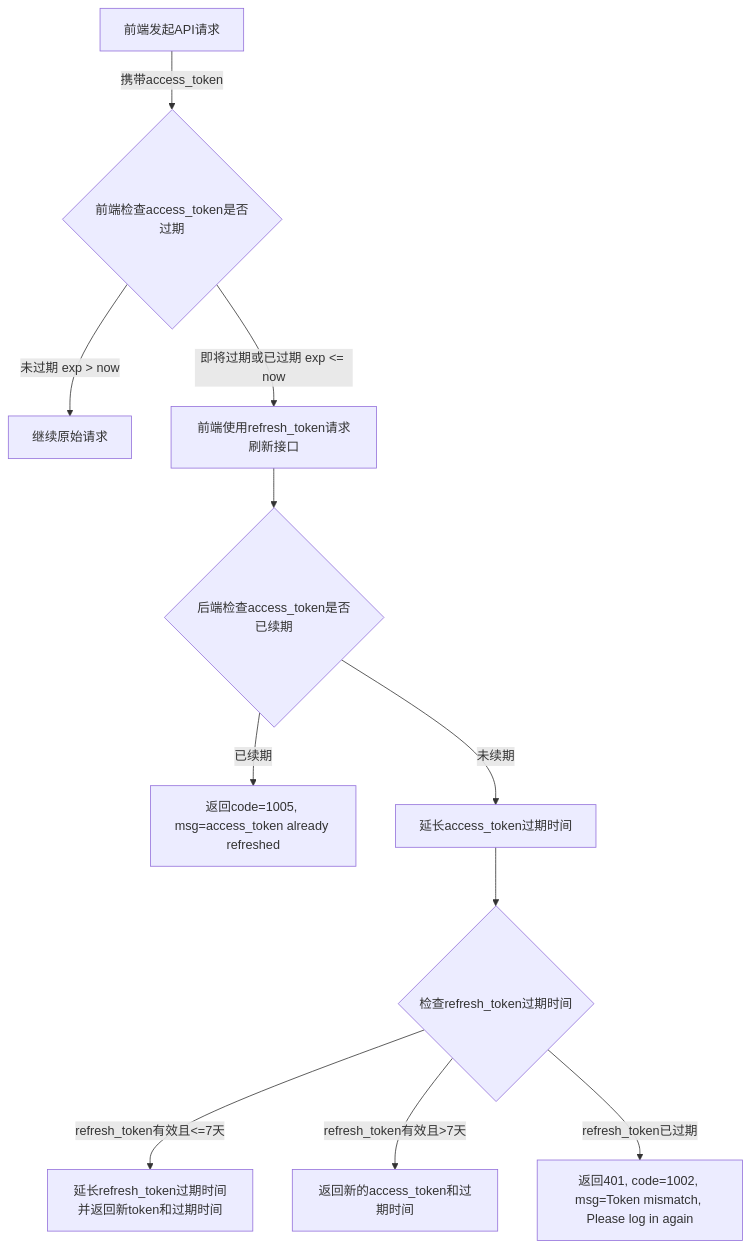
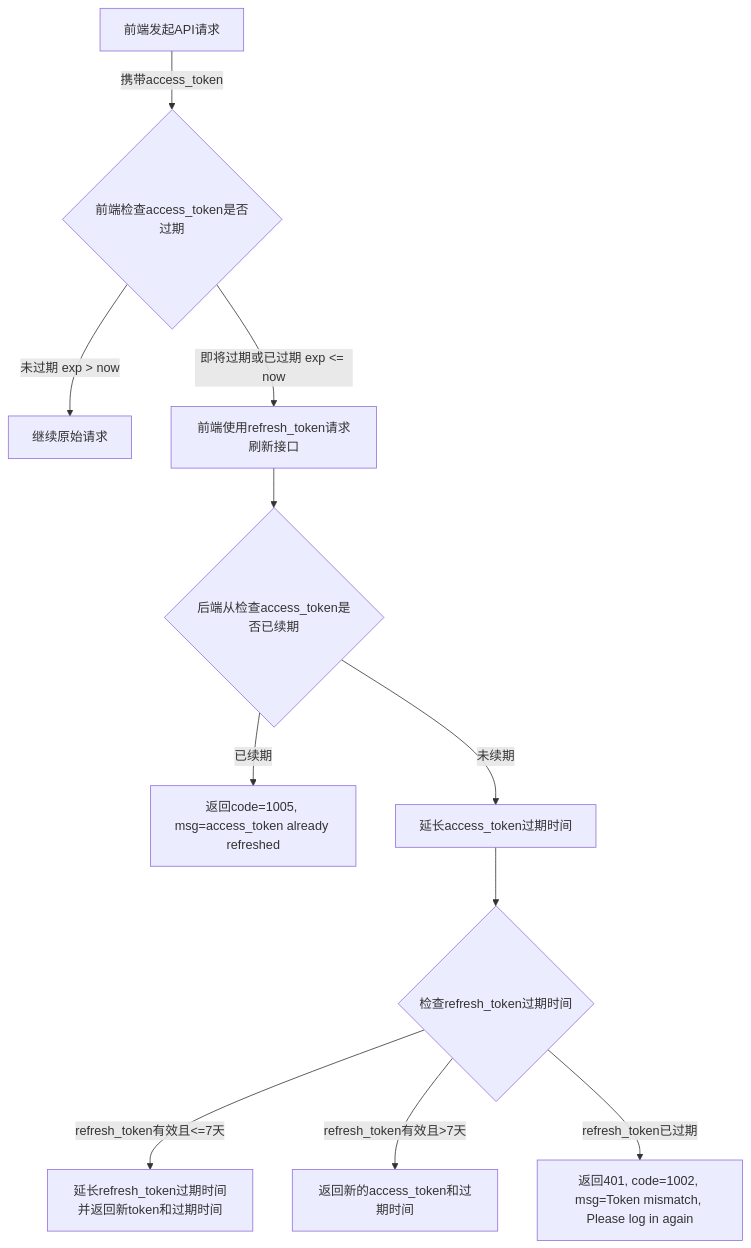
One commit to yingjianzh/iodraw-files changed the diagram in all/openAPI-17.md. Above: the diagram before and after it, drawn with Mermaid.

Commit message:
2025-01-08 18:28:08 update

````diff
--- a/all/openAPI-17.md
+++ b/all/openAPI-17.md
@@ -1,14 +1,14 @@
 ```mermaid
 flowchart TD
     A[前端发起API请求] -->|携带access_token| B{前端检查access_token是否过期}
     B -->|未过期 exp > now| C[继续原始请求]
     B -->|即将过期或已过期 exp <= now| D[前端使用refresh_token请求刷新接口]
-    D --> E{后端检查access_token是否已续期}
+    D --> E{后端从检查access_token是否已续期}
     E -->|已续期| F[返回code=1005, msg=access_token already refreshed]
     E -->|未续期| G[延长access_token过期时间]
     G --> H{检查refresh_token过期时间}
     H -->|refresh_token有效且<=7天| I[延长refresh_token过期时间并返回新token和过期时间]
     H -->|refresh_token有效且>7天| J[返回新的access_token和过期时间]
     H -->|refresh_token已过期| K[返回401, code=1002, msg=Token mismatch, Please log in again]
 
 ```
````
